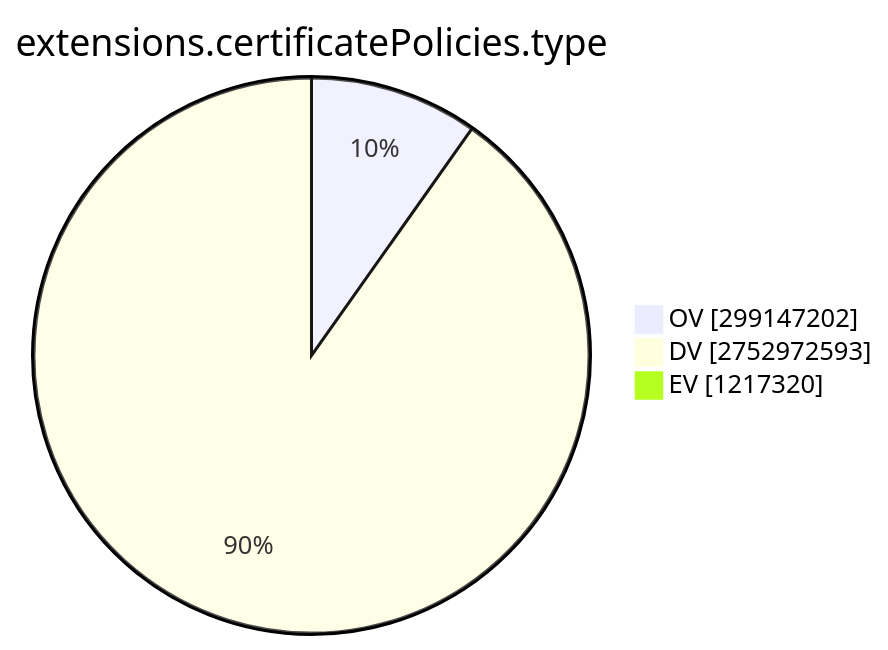
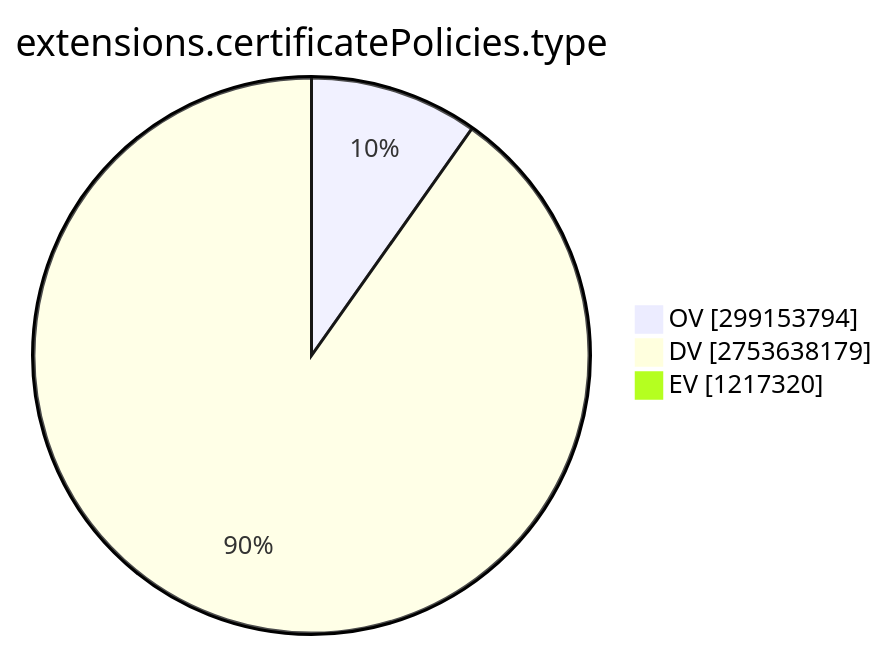
The ninth of 15 diagrams in TOTAL/README.md (christiankrug/ctmonitor_visualization), drawn with Mermaid before and after one commit. The commit also changed other lines of this file, not shown here.

````diff
--- a/TOTAL/README.md
+++ b/TOTAL/README.md
@@ -3100,7 +3100,7 @@
 ```mermaid
 pie showData
 title extensions.certificatePolicies.type
-"OV" :299147202
-"DV" :2752972593
+"OV" :299153794
+"DV" :2753638179
 "EV" :1217320
 ```
````
